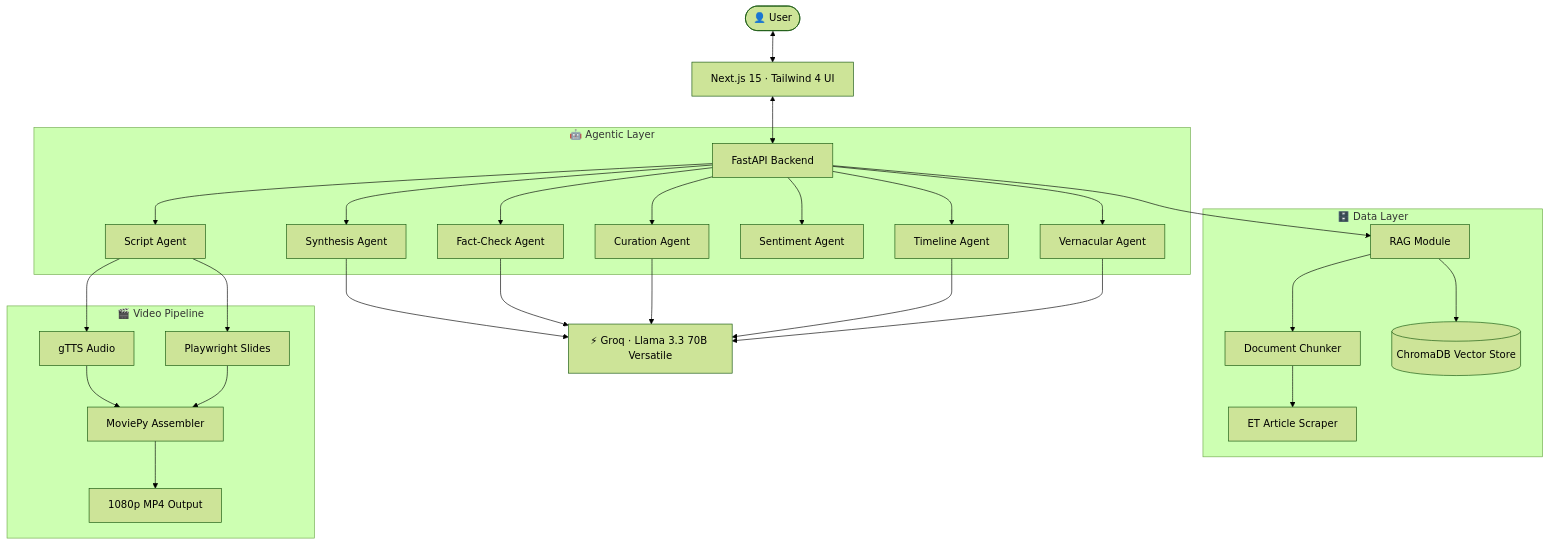
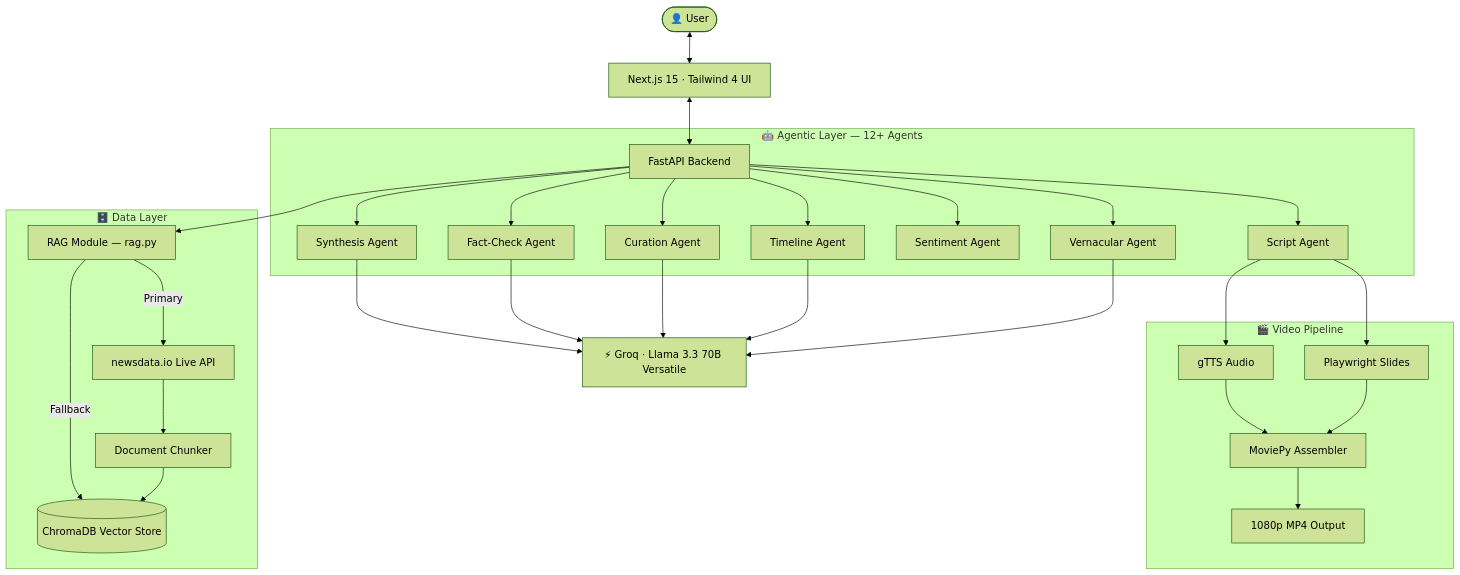
The diagram in README.md (Parshvashah23/ET-Pulse), drawn with Mermaid (forest theme) before and after one commit. The commit also changed other lines of this file and 1 other file, not shown here.

Commit message:
docs: complete README overhaul with live features and architecture details

````diff
--- a/README.md
+++ b/README.md
@@ -118,36 +124,37 @@
 ```mermaid
 graph TD
     User([👤 User]) <--> Frontend[Next.js 15 · Tailwind 4 UI]
     Frontend <--> Backend[FastAPI Backend]
 
-    subgraph Agentic_Layer [🤖 Agentic Layer]
+    subgraph Agentic_Layer [🤖 Agentic Layer — 12+ Agents]
         Backend --> Synthesis[Synthesis Agent]
         Backend --> FactCheck[Fact-Check Agent]
         Backend --> FeedAgent[Curation Agent]
         Backend --> Timeline[Timeline Agent]
         Backend --> Sentiment[Sentiment Agent]
         Backend --> ScriptAgent[Script Agent]
         Backend --> Translate[Vernacular Agent]
     end
 
     Synthesis --> LLM[⚡ Groq · Llama 3.3 70B Versatile]
     FactCheck --> LLM
     FeedAgent --> LLM
     Timeline --> LLM
     Translate --> LLM
 
     subgraph Data_Layer [🗄️ Data Layer]
-        Backend --> RAG[RAG Module]
-        RAG --> Chunker[Document Chunker]
-        Chunker --> Scraper[ET Article Scraper]
-        RAG --> Chroma[(ChromaDB Vector Store)]
+        Backend --> RAG[RAG Module — rag.py]
+        RAG -->|Primary| NewsAPI[newsdata.io Live API]
+        RAG -->|Fallback| Chroma[(ChromaDB Vector Store)]
+        NewsAPI --> Chunker[Document Chunker]
+        Chunker --> Chroma
     end
 
     subgraph Video_Pipeline [🎬 Video Pipeline]
         ScriptAgent --> TTS[gTTS Audio]
         ScriptAgent --> Slides[Playwright Slides]
         TTS --> Assembler[MoviePy Assembler]
         Slides --> Assembler
         Assembler --> Output[1080p MP4 Output]
     end
 ```
````
